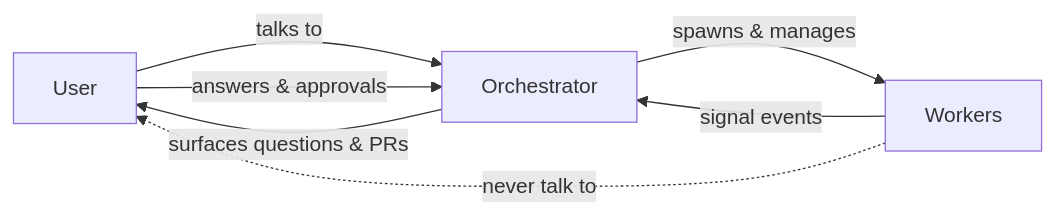
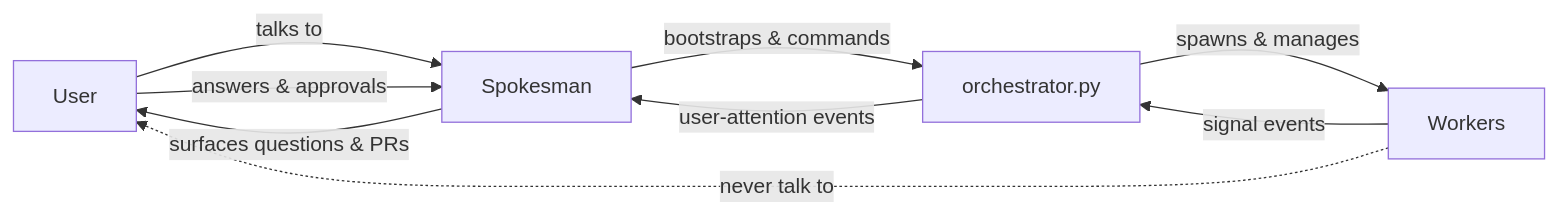
The first of 13 diagrams in docs/agentic-workflow.md (gara2000/agentmesh), drawn with Mermaid before and after one commit. The commit also changed other lines of this file and 13 other files, not shown here.

First line of the commit message:
feat(orchestrator): split orchestrator into Spokesman + orchestrator.py daemon [WORK-xs2]

````diff
--- a/docs/agentic-workflow.md
+++ b/docs/agentic-workflow.md
@@ -29,9 +32,11 @@
 ```mermaid
 flowchart LR
-    User -->|talks to| Orchestrator
-    Orchestrator -->|spawns & manages| Workers
-    Workers -->|signal events| Orchestrator
-    Orchestrator -->|surfaces questions & PRs| User
-    User -->|answers & approvals| Orchestrator
+    User -->|talks to| Spokesman
+    Spokesman -->|bootstraps & commands| OrchestratorPy[orchestrator.py]
+    OrchestratorPy -->|spawns & manages| Workers
+    Workers -->|signal events| OrchestratorPy
+    OrchestratorPy -->|user-attention events| Spokesman
+    Spokesman -->|surfaces questions & PRs| User
+    User -->|answers & approvals| Spokesman
     Workers -. never talk to .-> User
 ```
````
